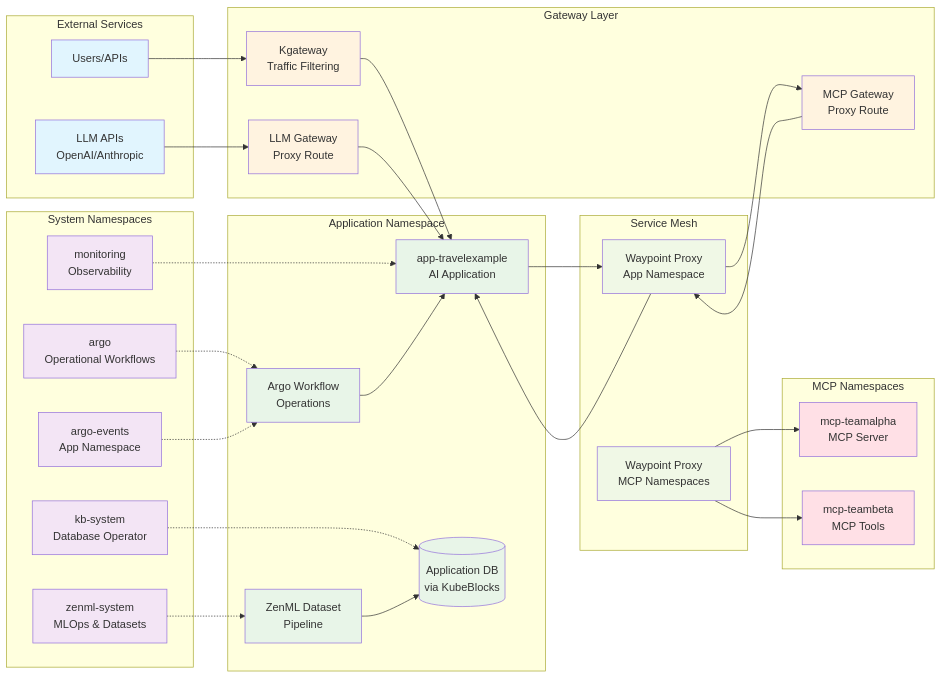
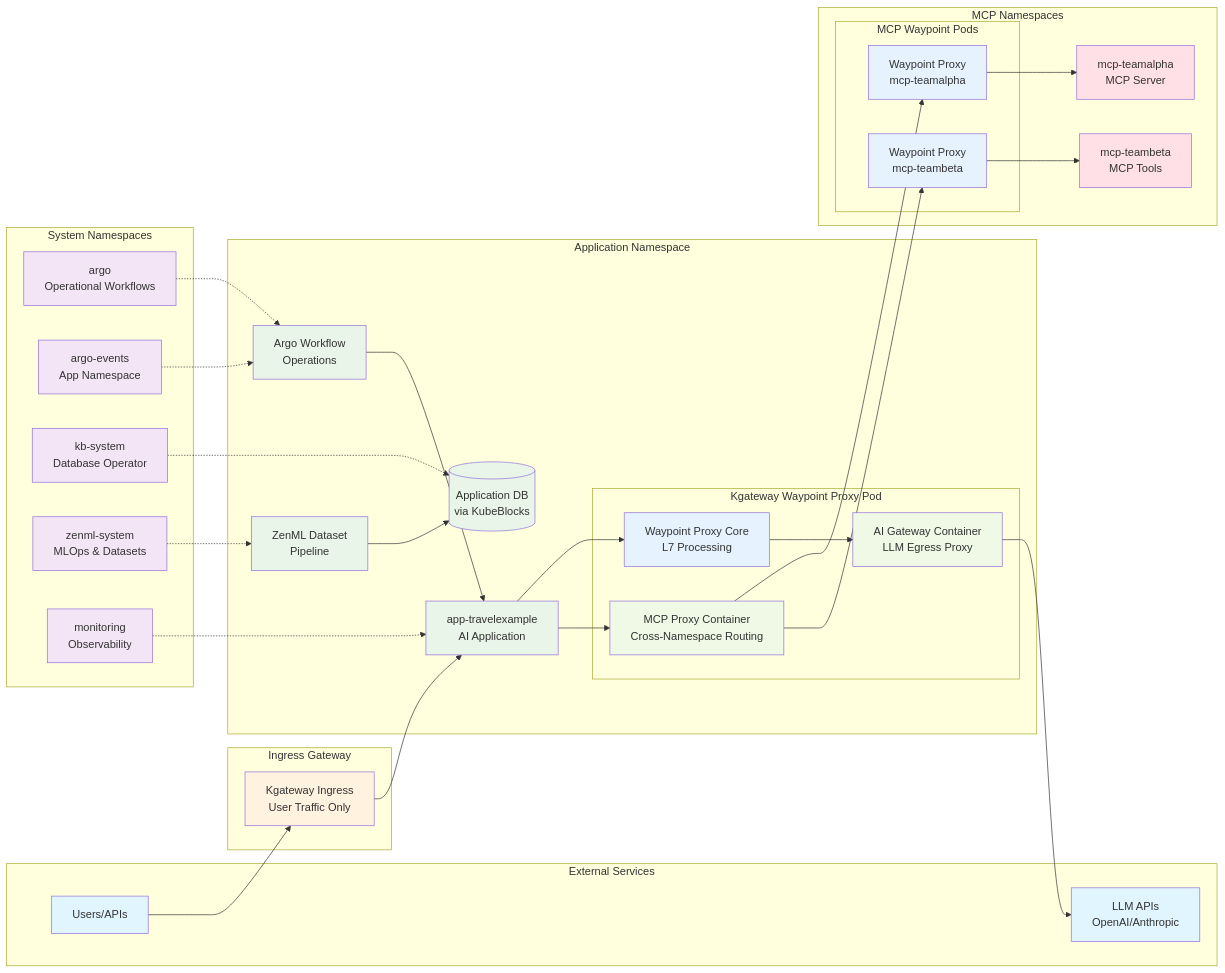
Before and after one commit to smpnet74/terraform-template: the second of 2 diagrams in docs/x-archplan.md, drawn with Mermaid. The commit also changed other lines of this file, not shown here.

````diff
--- a/docs/x-archplan.md
+++ b/docs/x-archplan.md
@@ -99,71 +99,79 @@
 ```mermaid
 graph LR
     subgraph "External Services"
         USER[Users/APIs]
         LLM[LLM APIs<br/>OpenAI/Anthropic]
     end
     
-    subgraph "Gateway Layer"
-        GW[Kgateway<br/>Traffic Filtering]
-        LLMGW[LLM Gateway<br/>Proxy Route]
-        MCPGW[MCP Gateway<br/>Proxy Route]
+    subgraph "Ingress Gateway"
+        IGW[Kgateway Ingress<br/>User Traffic Only]
     end
     
     subgraph "System Namespaces"
         ARGO[argo<br/>Operational Workflows]
         ARGOEV[argo-events<br/>App Namespace]
         KB[kb-system<br/>Database Operator]
         ZENML[zenml-system<br/>MLOps & Datasets]
         MON[monitoring<br/>Observability]
     end
     
     subgraph "Application Namespace"
         APP[app-travelexample<br/>AI Application]
         DB[(Application DB<br/>via KubeBlocks)]
         ML[ZenML Dataset<br/>Pipeline]
         WF[Argo Workflow<br/>Operations]
+        
+        subgraph "Kgateway Waypoint Proxy Pod"
+            AIWP[AI Gateway Container<br/>LLM Egress Proxy]
+            MCPWP[MCP Proxy Container<br/>Cross-Namespace Routing]
+            WP[Waypoint Proxy Core<br/>L7 Processing]
+        end
     end
     
     subgraph "MCP Namespaces"
         MCP1[mcp-teamalpha<br/>MCP Server]
         MCP2[mcp-teambeta<br/>MCP Tools]
+        
+        subgraph "MCP Waypoint Pods"
+            WP1[Waypoint Proxy<br/>mcp-teamalpha]
+            WP2[Waypoint Proxy<br/>mcp-teambeta]
+        end
     end
     
-    subgraph "Service Mesh"
-        WP1[Waypoint Proxy<br/>App Namespace]
-        WP2[Waypoint Proxy<br/>MCP Namespaces]
-    end
+    USER --> IGW
+    IGW --> APP
     
-    USER --> GW
-    LLM --> LLMGW
-    GW --> APP
-    LLMGW --> APP
-    MCPGW --> WP1
-    WP1 --> APP
-    WP2 --> MCP1
+    APP --> WP
+    WP --> AIWP
+    AIWP --> LLM
+    
+    APP --> MCPWP
+    MCPWP --> WP1
+    MCPWP --> WP2
+    WP1 --> MCP1
     WP2 --> MCP2
-    APP --> WP1
-    WP1 --> MCPGW
     
     ARGO -.-> WF
     ARGOEV -.-> WF
     KB -.-> DB
     ZENML -.-> ML
     MON -.-> APP
     ML --> DB
     WF --> APP
     
     classDef external fill:#e1f5fe
-    classDef gateway fill:#fff3e0
+    classDef ingress fill:#fff3e0
     classDef system fill:#f3e5f5
     classDef app fill:#e8f5e8
     classDef mcp fill:#ffe0e6
-    classDef mesh fill:#f0f8e6
+    classDef waypoint fill:#e6f3ff
+    classDef proxy fill:#f0f8e6
     
     class USER,LLM external
-    class GW,LLMGW,MCPGW gateway
+    class IGW ingress
     class ARGO,ARGOEV,KB,ZENML,MON system
     class APP,DB,ML,WF app
     class MCP1,MCP2 mcp
-    class WP1,WP2 mesh
+    class WP,WP1,WP2 waypoint
+    class AIWP,MCPWP proxy
 ```
````
